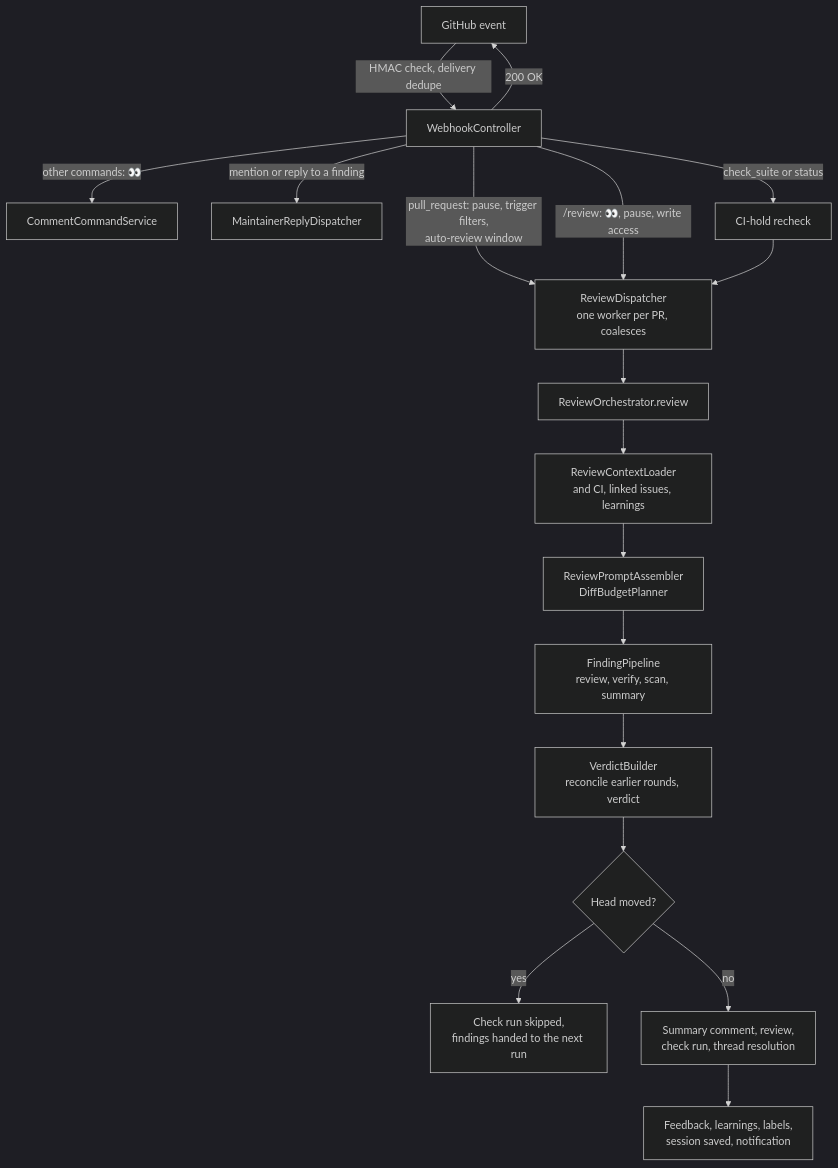
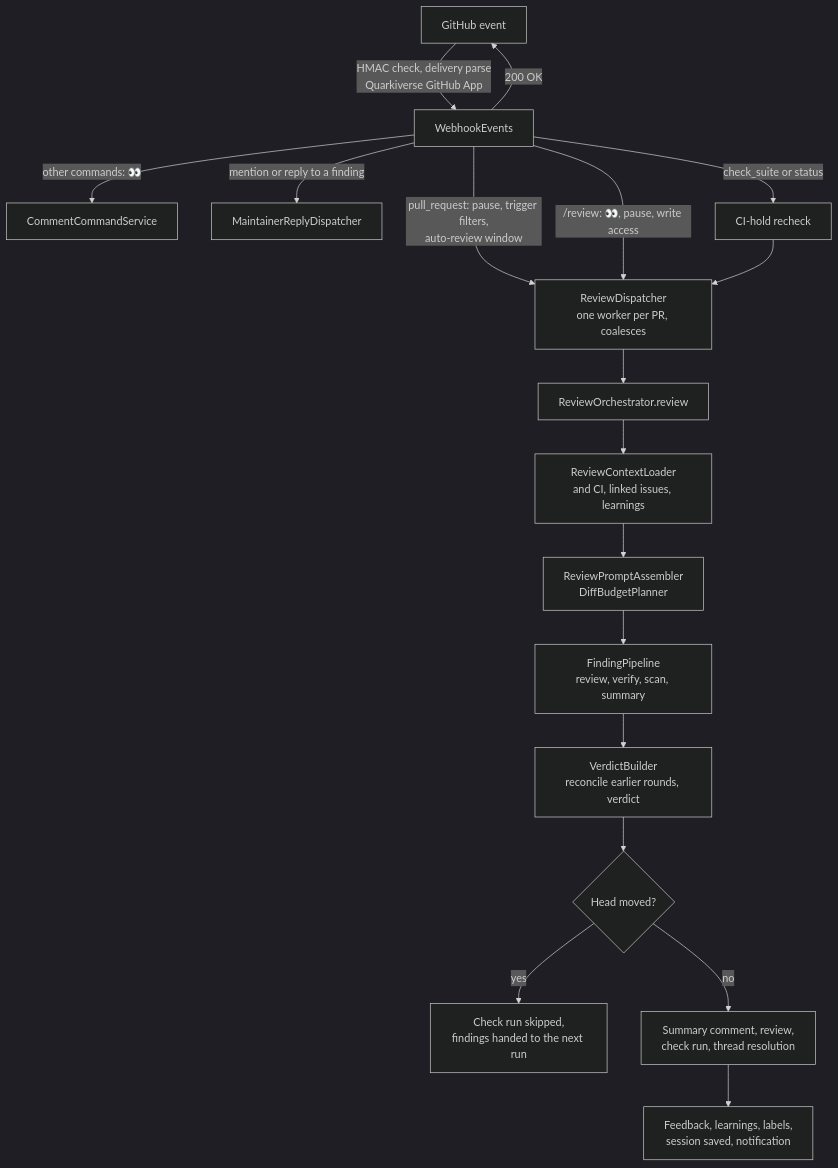
Before and after one commit to devops-thiago/ThrillhouseBot: the second of 4 diagrams in docs/ARCHITECTURE.md, drawn with Mermaid (dark theme). The commit also changed other lines of this file and 18 other files, not shown here.

Commit message:
refactor(webhook): adopt Quarkiverse GitHub App extension for webhook entry

````diff
--- a/docs/ARCHITECTURE.md
+++ b/docs/ARCHITECTURE.md
@@ -54,20 +54,20 @@
 ```mermaid
 flowchart TD
-    GH[GitHub event] -->|HMAC check, delivery dedupe| WH[WebhookController]
+    GH[GitHub event] -->|HMAC check, delivery parse<br/>Quarkiverse GitHub App| WH[WebhookEvents]
     WH -->|pull_request: pause, trigger filters,<br/>auto-review window| DSP
     WH -->|/review: 👀, pause, write access| DSP
     WH -->|other commands: 👀| CMD[CommentCommandService]
     WH -->|mention or reply to a finding| REP[MaintainerReplyDispatcher]
     WH -->|check_suite or status| CIR[CI-hold recheck]
     WH -->|200 OK| GH
     CIR --> DSP
     DSP[ReviewDispatcher<br/>one worker per PR, coalesces] --> RO[ReviewOrchestrator.review]
     RO --> CTX[ReviewContextLoader<br/>and CI, linked issues, learnings]
     CTX --> PLAN[ReviewPromptAssembler<br/>DiffBudgetPlanner]
     PLAN --> FP[FindingPipeline<br/>review, verify, scan, summary]
     FP --> VB[VerdictBuilder<br/>reconcile earlier rounds, verdict]
     VB --> HM{Head moved?}
     HM -->|yes| SKIP[Check run skipped,<br/>findings handed to the next run]
     HM -->|no| PUB[Summary comment, review,<br/>check run, thread resolution]
     PUB --> POST[Feedback, learnings, labels,<br/>session saved, notification]
 ```
````
